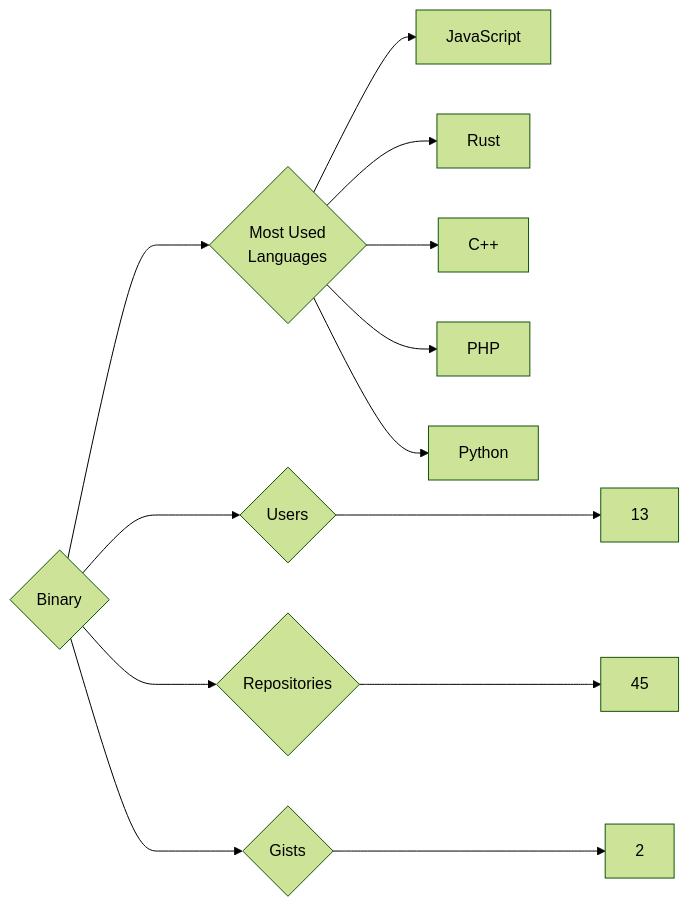
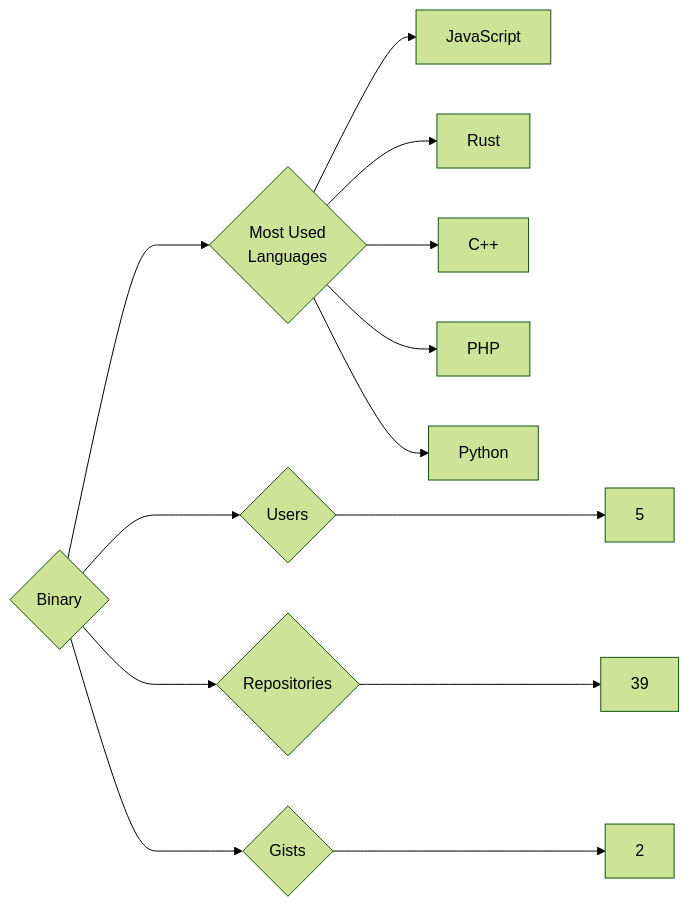
Before and after one commit to trickest/insiders: the diagram in targets/Binary/README.md, drawn with Mermaid (forest theme). The commit also changed 934 other files, not shown here.

````diff
--- a/targets/Binary/README.md
+++ b/targets/Binary/README.md
@@ -3,13 +3,13 @@
 ```mermaid
 graph LR
 COMPANY_NAME{Binary}
-COMPANY_NAME ---> U{Users} ---> UN[13]
-COMPANY_NAME ---> R{Repositories} ---> RN[45]
+COMPANY_NAME ---> U{Users} ---> UN[5]
+COMPANY_NAME ---> R{Repositories} ---> RN[39]
 COMPANY_NAME ---> G{Gists} ---> GN[2]
 COMPANY_NAME ---> ML{Most Used<br>Languages}
 ML --> JavaScript[JavaScript]
 ML --> Rust[Rust]
 ML --> C++[C++]
 ML --> PHP[PHP]
 ML --> Python[Python]
 ```
````
